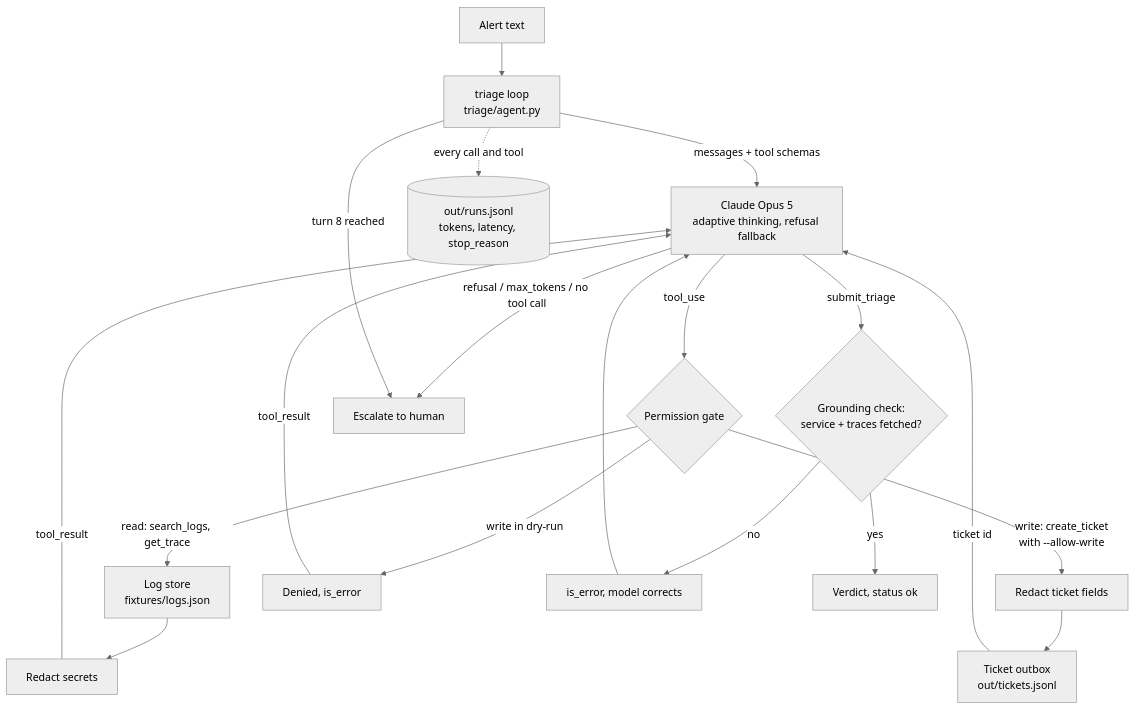
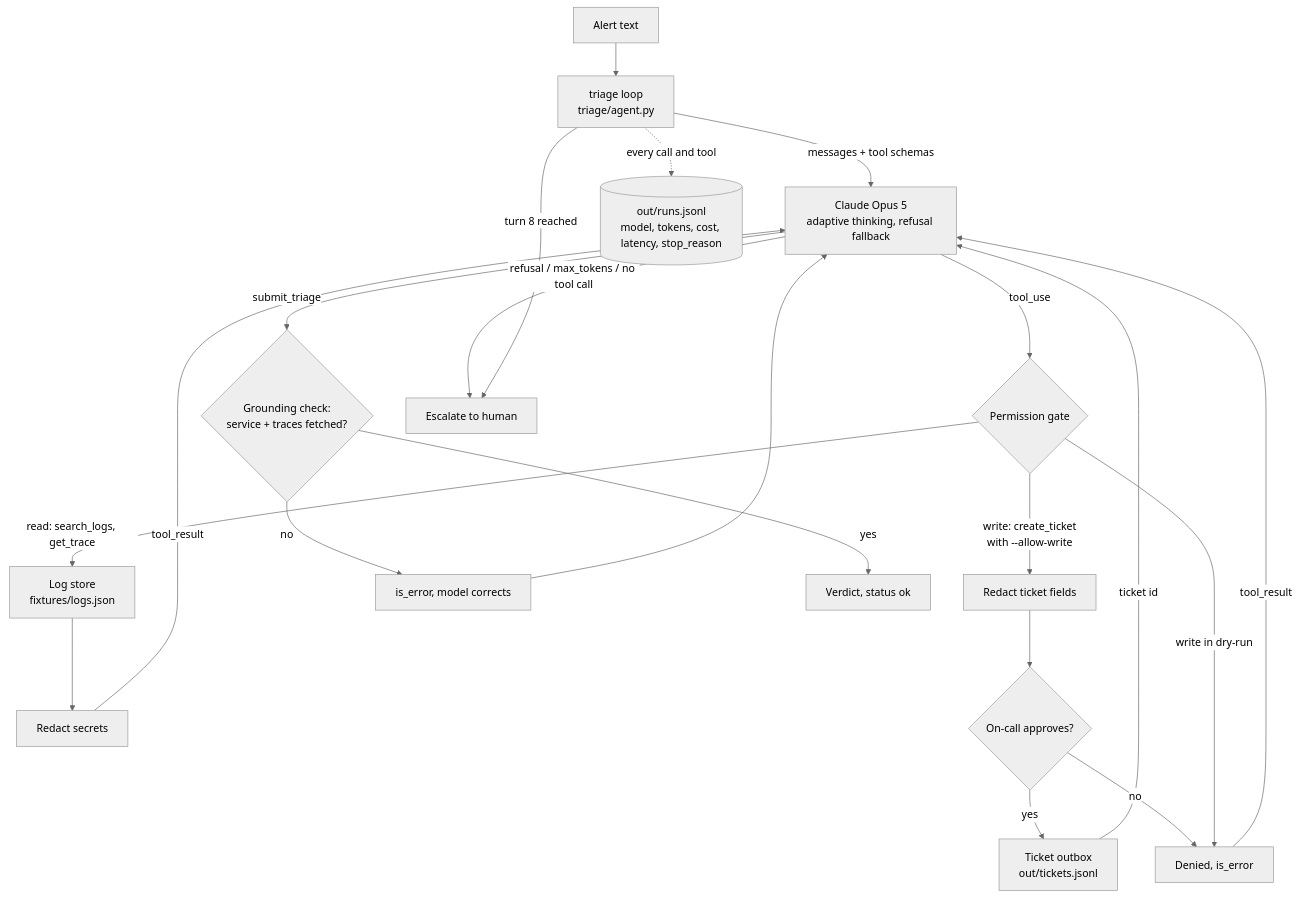
One commit to YourWisemaker/ai-workflow changed the diagram in README.md. Above: the diagram before and after it, drawn with Mermaid (neutral theme). The commit also changed other lines of this file and 16 other files, not shown here.

````diff
--- a/README.md
+++ b/README.md
@@ -24,16 +26,18 @@
 ```mermaid
 flowchart TD
     A[Alert text] --> B[triage loop<br/>triage/agent.py]
     B -->|messages + tool schemas| C[Claude Opus 5<br/>adaptive thinking, refusal fallback]
     C -->|tool_use| D{Permission gate}
     D -->|read: search_logs, get_trace| E[Log store<br/>fixtures/logs.json]
     E --> H[Redact secrets] -->|tool_result| C
-    D -->|write: create_ticket<br/>with --allow-write| R[Redact ticket fields] --> F[Ticket outbox<br/>out/tickets.jsonl] -->|ticket id| C
+    D -->|write: create_ticket<br/>with --allow-write| R[Redact ticket fields] --> P{On-call approves?}
+    P -->|yes| F[Ticket outbox<br/>out/tickets.jsonl] -->|ticket id| C
+    P -->|no| G
     D -->|write in dry-run| G[Denied, is_error] -->|tool_result| C
     C -->|submit_triage| I{Grounding check:<br/>service + traces fetched?}
     I -->|no| J[is_error, model corrects] --> C
     I -->|yes| K[Verdict, status ok]
     C -->|refusal / max_tokens / no tool call| L[Escalate to human]
     B -->|turn 8 reached| L
-    B -. every call and tool .-> M[(out/runs.jsonl<br/>tokens, latency, stop_reason)]
+    B -. every call and tool .-> M[(out/runs.jsonl<br/>model, tokens, cost, latency, stop_reason)]
 ```
````
